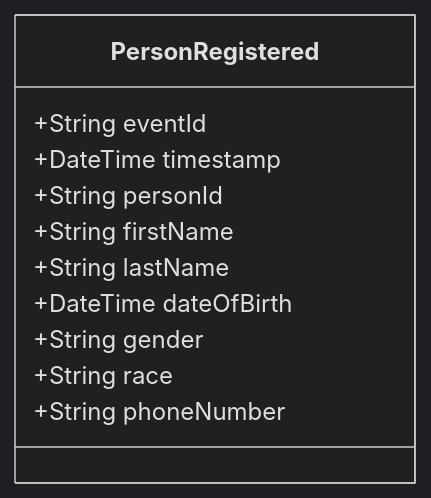
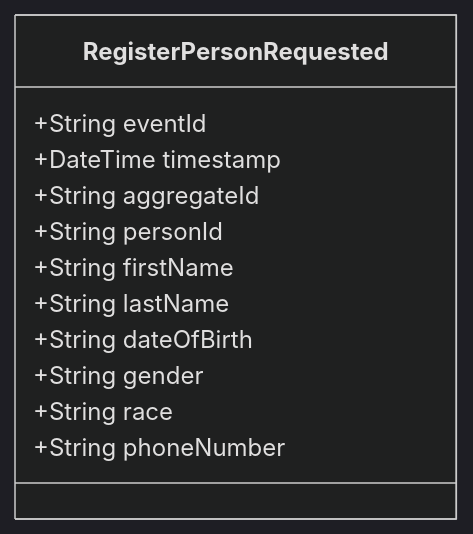
Before and after one commit to pgraff/police-system: the diagram in doc/events/PersonRegistered.md, drawn with Mermaid (dark theme). The commit also changed other lines of this file and 58 other files, not shown here.

````diff
--- a/doc/events/PersonRegistered.md
+++ b/doc/events/PersonRegistered.md
@@ -9,14 +9,15 @@
 ```mermaid
 classDiagram
-    class PersonRegistered {
+    class RegisterPersonRequested {
         +String eventId
         +DateTime timestamp
+        +String aggregateId
         +String personId
         +String firstName
         +String lastName
-        +DateTime dateOfBirth
+        +String dateOfBirth
         +String gender
         +String race
         +String phoneNumber
     }
 ```
````
